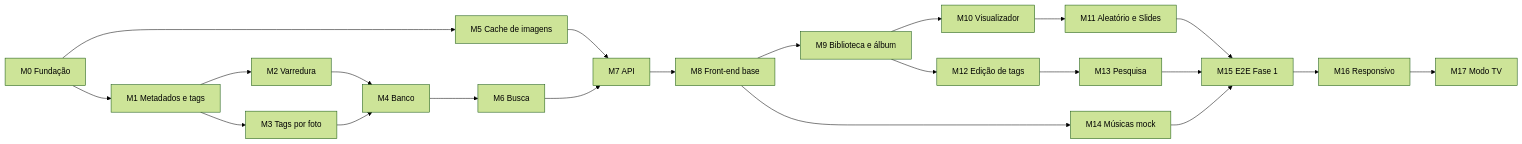
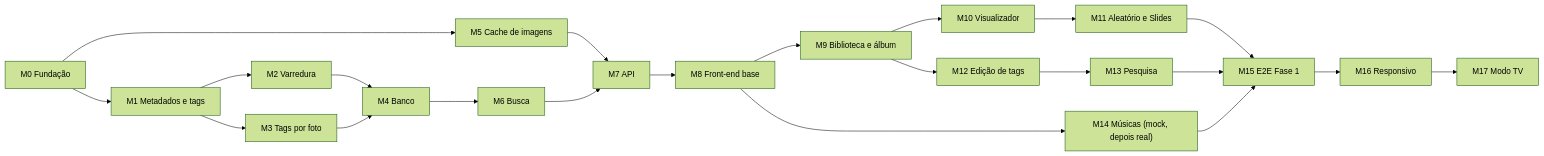
Before and after one commit to Cintriano/Croma: the diagram in PLANO_IMPLEMENTACAO.md, drawn with Mermaid (forest theme). The commit also changed other lines of this file and 62 other files, not shown here.

````diff
--- a/PLANO_IMPLEMENTACAO.md
+++ b/PLANO_IMPLEMENTACAO.md
@@ -71,24 +71,24 @@
 ```mermaid
 flowchart LR
     M0["M0 Fundação"] --> M1["M1 Metadados e tags"]
     M1 --> M2["M2 Varredura"]
     M1 --> M3["M3 Tags por foto"]
     M2 --> M4["M4 Banco"]
     M3 --> M4
     M0 --> M5["M5 Cache de imagens"]
     M4 --> M6["M6 Busca"]
     M5 --> M7["M7 API"]
     M6 --> M7
     M7 --> M8["M8 Front-end base"]
     M8 --> M9["M9 Biblioteca e álbum"]
     M9 --> M10["M10 Visualizador"]
     M10 --> M11["M11 Aleatório e Slides"]
     M9 --> M12["M12 Edição de tags"]
     M12 --> M13["M13 Pesquisa"]
-    M8 --> M14["M14 Músicas mock"]
+    M8 --> M14["M14 Músicas (mock, depois real)"]
     M11 --> M15["M15 E2E Fase 1"]
     M13 --> M15
     M14 --> M15
     M15 --> M16["M16 Responsivo"]
     M16 --> M17["M17 Modo TV"]
 ```
````
